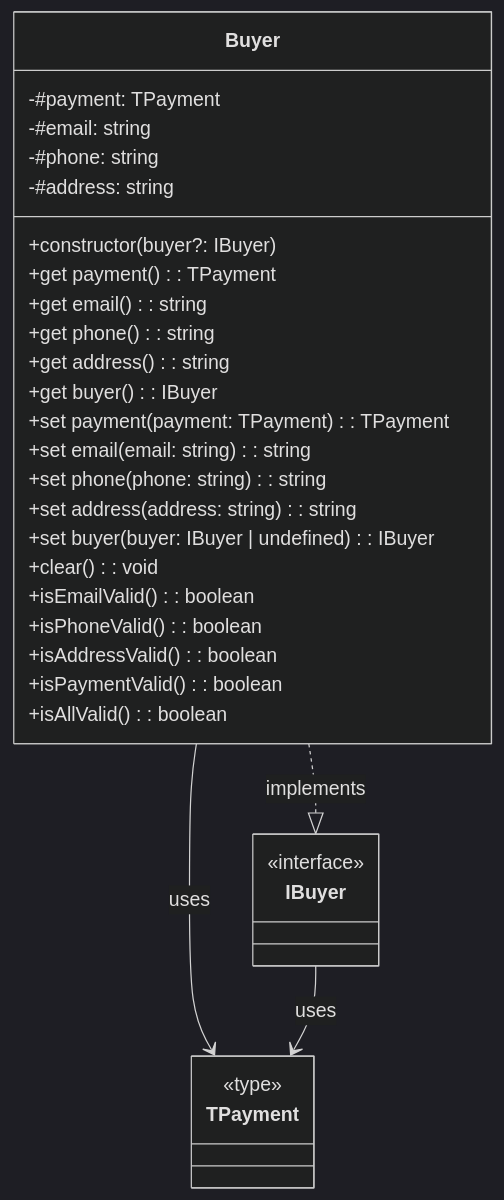
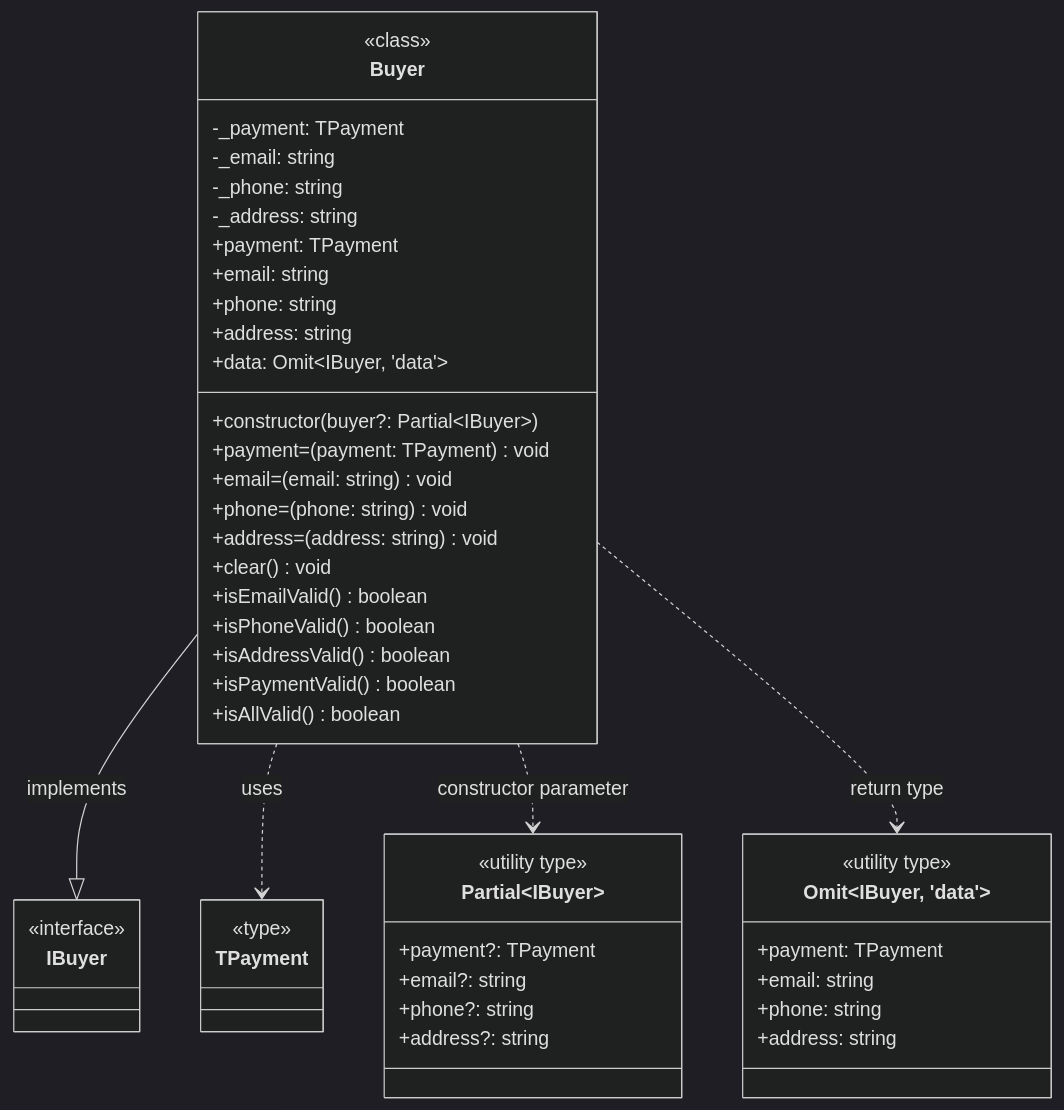
Before and after one commit to vvk2020/weblarek: diagram 13 of 15 in README.md, drawn with Mermaid (dark theme). The commit also changed other lines of this file and 5 other files, not shown here.

````diff
--- a/README.md
+++ b/README.md
@@ -1099,38 +933,55 @@
 ```mermaid
 classDiagram
     class Buyer {
-        -#payment: TPayment
-        -#email: string
-        -#phone: string
-        -#address: string
-        +constructor(buyer?: IBuyer)
-        +get payment(): TPayment
-        +get email(): string
-        +get phone(): string
-        +get address(): string
-        +get buyer(): IBuyer
-        +set payment(payment: TPayment): TPayment
-        +set email(email: string): string
-        +set phone(phone: string): string
-        +set address(address: string): string
-        +set buyer(buyer: IBuyer | undefined): IBuyer
-        +clear(): void
-        +isEmailValid(): boolean
-        +isPhoneValid(): boolean
-        +isAddressValid(): boolean
-        +isPaymentValid(): boolean
-        +isAllValid(): boolean
+        <<class>>
+        -_payment: TPayment
+        -_email: string
+        -_phone: string
+        -_address: string
+        +constructor(buyer?: Partial~IBuyer~)
+        +payment: TPayment
+        +payment=(payment: TPayment) void
+        +email: string
+        +email=(email: string) void
+        +phone: string
+        +phone=(phone: string) void
+        +address: string
+        +address=(address: string) void
+        +data: Omit~IBuyer, 'data'~
+        +clear() void
+        +isEmailValid() boolean
+        +isPhoneValid() boolean
+        +isAddressValid() boolean
+        +isPaymentValid() boolean
+        +isAllValid() boolean
     }
 
     class IBuyer {
         <<interface>>
     }
 
     class TPayment {
         <<type>>
     }
 
-    Buyer ..|> IBuyer : implements
-    Buyer --> TPayment : uses
-    IBuyer --> TPayment : uses
+    class Partial~IBuyer~ {
+        <<utility type>>
+        +payment?: TPayment
+        +email?: string
+        +phone?: string
+        +address?: string
+    }
+
+    class Omit~IBuyer, 'data'~ {
+        <<utility type>>
+        +payment: TPayment
+        +email: string
+        +phone: string
+        +address: string
+    }
+
+    Buyer --|> IBuyer : implements
+    Buyer ..> TPayment : uses
+    Buyer ..> Partial~IBuyer~ : constructor parameter
+    Buyer ..> Omit~IBuyer, 'data'~ : return type
 ```
````
